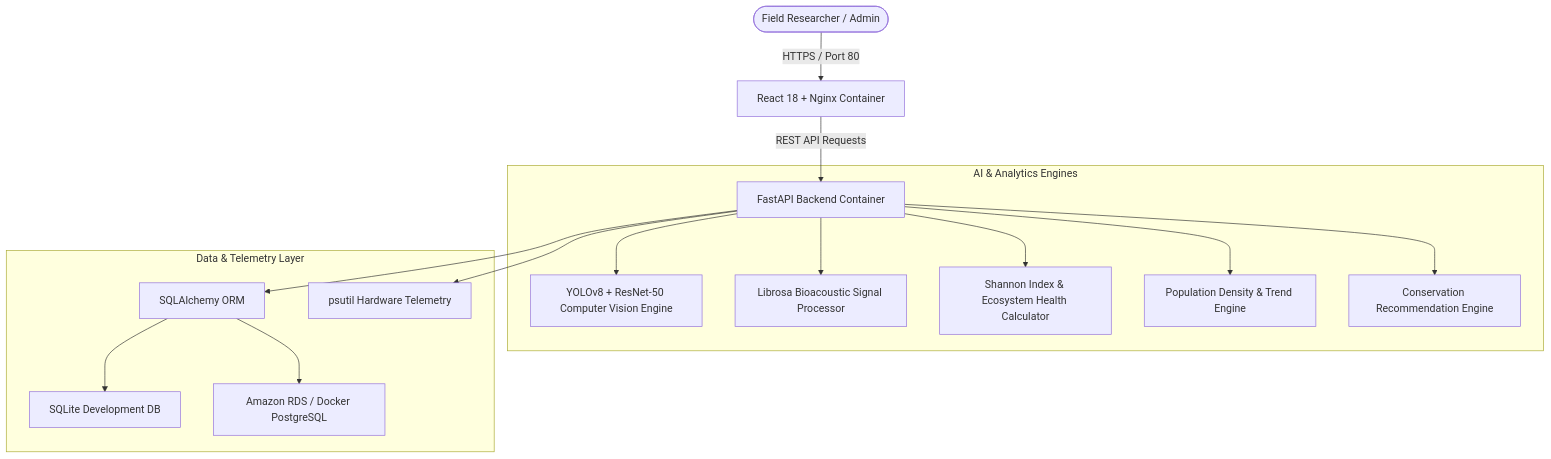
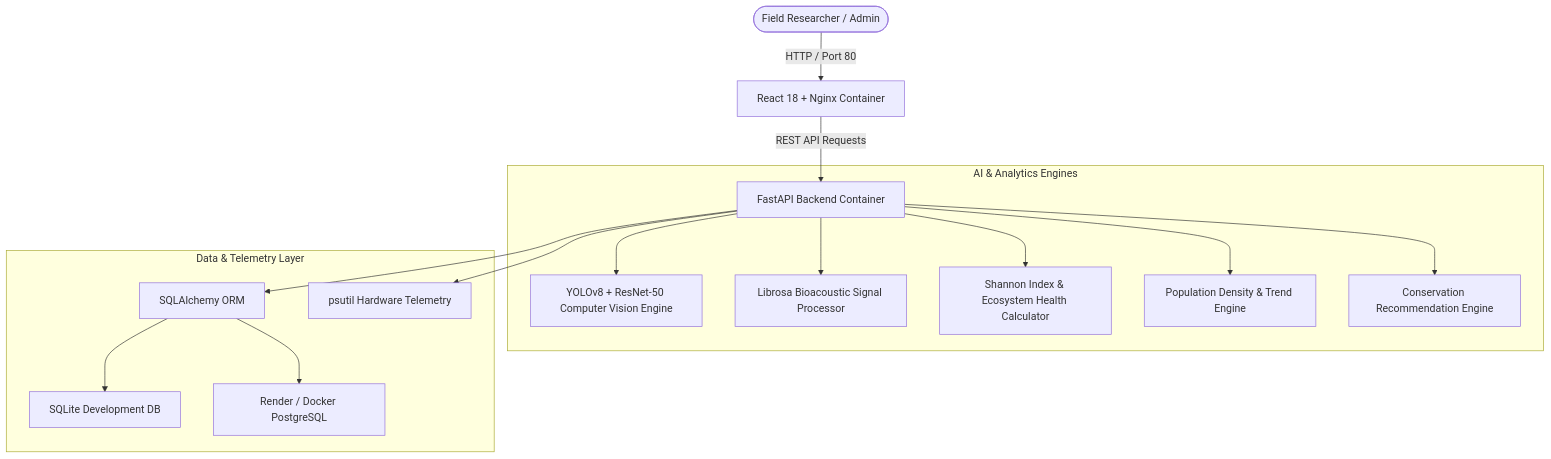
Before and after one commit to springboardmentor27400b/Wildlife-Population-Intelligence-System-Group-2: the diagram in README.md, drawn with Mermaid. The commit also changed other lines of this file and 26 other files, not shown here.

````diff
--- a/README.md
+++ b/README.md
@@ -52,20 +61,20 @@
 ```mermaid
 graph TD
-    User([Field Researcher / Admin]) -->|HTTPS / Port 80| Frontend[React 18 + Nginx Container]
+    User([Field Researcher / Admin]) -->|HTTP / Port 80| Frontend[React 18 + Nginx Container]
     Frontend -->|REST API Requests| Backend[FastAPI Backend Container]
     
     subgraph AI & Analytics Engines
         Backend --> YOLO[YOLOv8 + ResNet-50 Computer Vision Engine]
         Backend --> Audio[Librosa Bioacoustic Signal Processor]
         Backend --> Eco[Shannon Index & Ecosystem Health Calculator]
         Backend --> Pop[Population Density & Trend Engine]
         Backend --> Rec[Conservation Recommendation Engine]
     end
     
     subgraph Data & Telemetry Layer
         Backend --> ORM[SQLAlchemy ORM]
         ORM --> SQLite[SQLite Development DB]
-        ORM --> Postgres[Amazon RDS / Docker PostgreSQL]
+        ORM --> Postgres[Render / Docker PostgreSQL]
         Backend --> Telemetry[psutil Hardware Telemetry]
     end
 ```
````
